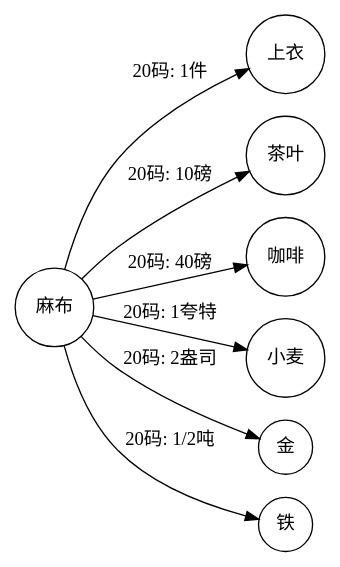
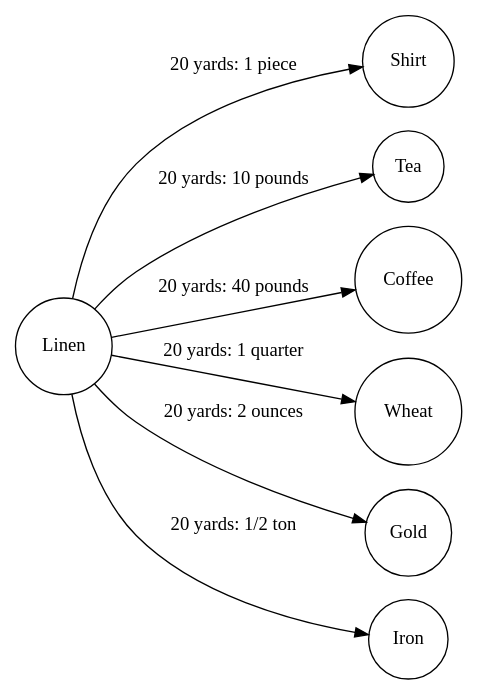
One commit to Wangsutan/Kapital changed the diagram in 资本的生产过程/价值形式理论/价值形式/graphs_generated/total.dot. Above: the diagram before and after it, drawn with Graphviz. The commit also changed 82 other files, not shown here.

```diff
--- a/资本的生产过程/价值形式理论/价值形式/graphs_generated/total.dot
+++ b/资本的生产过程/价值形式理论/价值形式/graphs_generated/total.dot
@@ -1,10 +1,10 @@
 digraph 价值形式理论 {
     rankdir=LR;
     node [shape=circle];
-    "麻布" -> "上衣" [label="20码: 1件"];
-    "麻布" -> "茶叶" [label="20码: 10磅"];
-    "麻布" -> "咖啡" [label="20码: 40磅"];
-    "麻布" -> "小麦" [label="20码: 1夸特"];
-    "麻布" -> "金" [label="20码: 2盎司"];
-    "麻布" -> "铁" [label="20码: 1/2吨"];
+    "Linen" -> "Shirt" [label="20 yards: 1 piece"];
+    "Linen" -> "Tea" [label="20 yards: 10 pounds"];
+    "Linen" -> "Coffee" [label="20 yards: 40 pounds"];
+    "Linen" -> "Wheat" [label="20 yards: 1 quarter"];
+    "Linen" -> "Gold" [label="20 yards: 2 ounces"];
+    "Linen" -> "Iron" [label="20 yards: 1/2 ton"];
 }
```
